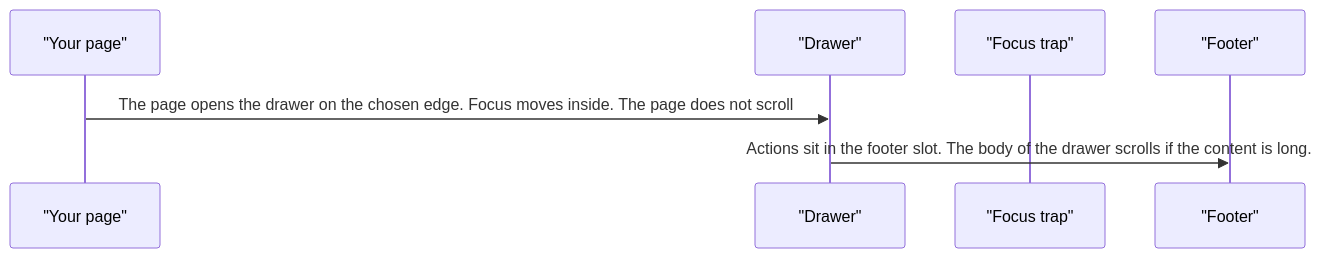
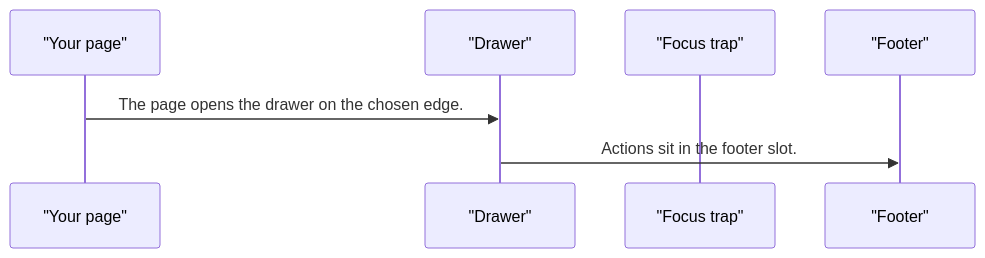
Before and after one commit to RajshekharBorate/pixel-ui: the second of 3 diagrams in projects/pixel-ui/src/lib/pixel-drawer/DESIGN.md, drawn with Mermaid. The commit also changed other lines of this file and 80 other files, not shown here.

Commit message:
Fill missing design flows and correct the stories that did not match component behavior.

````diff
--- a/projects/pixel-ui/src/lib/pixel-drawer/DESIGN.md
+++ b/projects/pixel-ui/src/lib/pixel-drawer/DESIGN.md
@@ -48,9 +48,9 @@
 ```mermaid
 sequenceDiagram
   participant page as "Your page"
   participant drawer as "Drawer"
   participant focus as "Focus trap"
   participant footer as "Footer"
-  page->>drawer: The page opens the drawer on the chosen edge. Focus moves inside. The page does not scroll
-  drawer->>footer: Actions sit in the footer slot. The body of the drawer scrolls if the content is long.
+  page->>drawer: The page opens the drawer on the chosen edge.
+  drawer->>footer: Actions sit in the footer slot.
 ```
````
